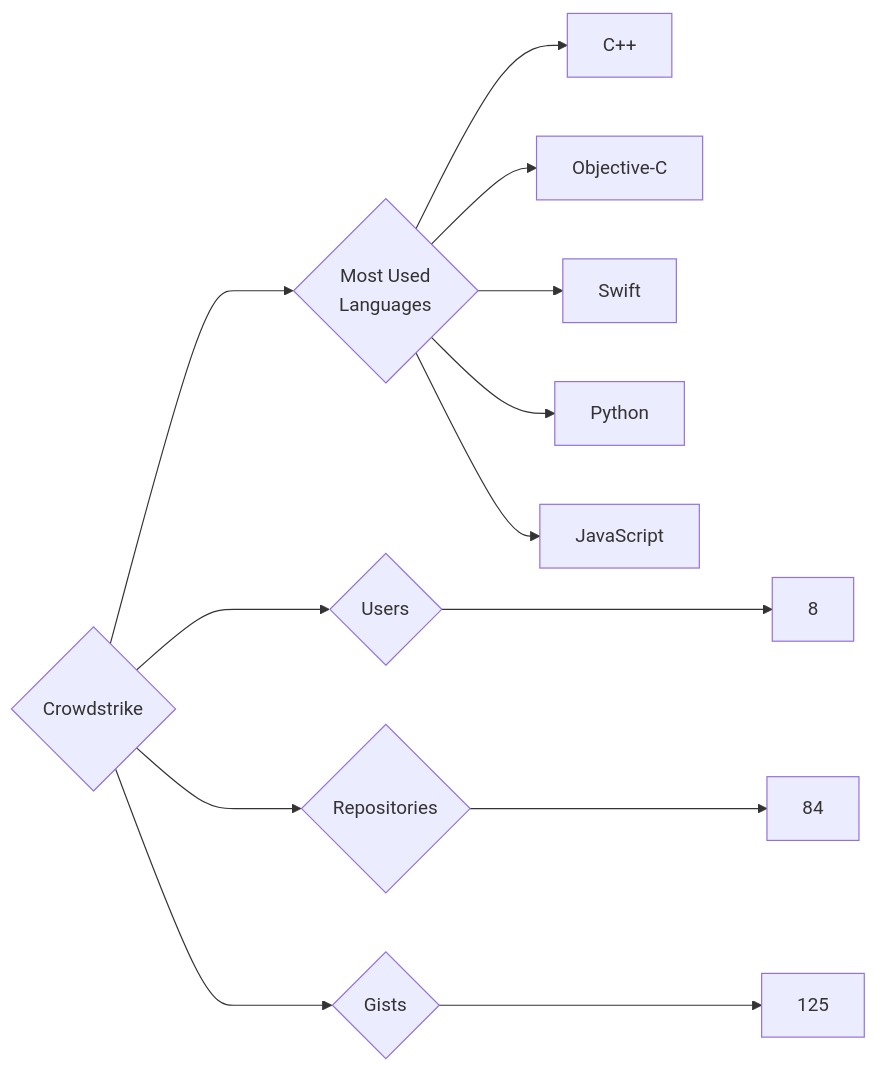
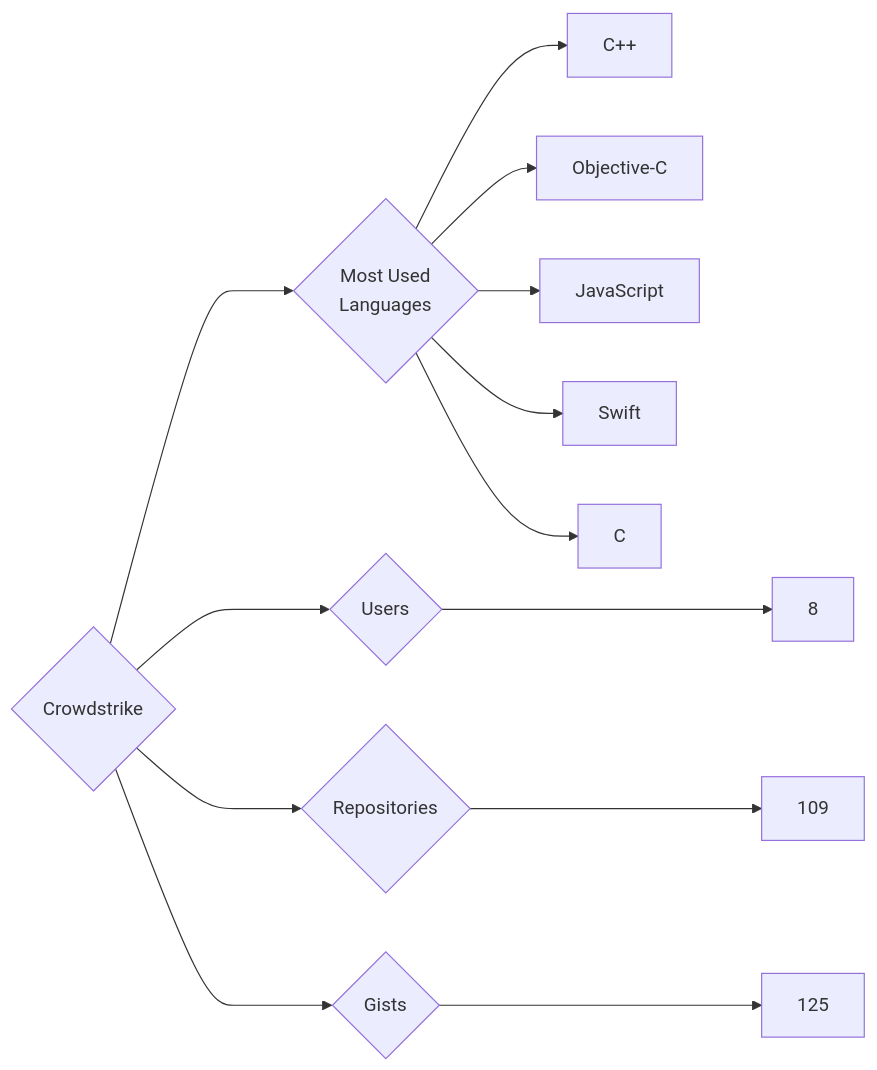
One commit to trickest/insiders changed the diagram in targets/Crowdstrike/README.md. Above: the diagram before and after it, drawn with Mermaid. The commit also changed 985 other files, not shown here.

````diff
--- a/targets/Crowdstrike/README.md
+++ b/targets/Crowdstrike/README.md
@@ -3,13 +3,13 @@
 ```mermaid
 graph LR
 COMPANY_NAME{Crowdstrike}
 COMPANY_NAME ---> U{Users} ---> UN[8]
-COMPANY_NAME ---> R{Repositories} ---> RN[84]
+COMPANY_NAME ---> R{Repositories} ---> RN[109]
 COMPANY_NAME ---> G{Gists} ---> GN[125]
 COMPANY_NAME ---> ML{Most Used<br>Languages}
 ML --> C++[C++]
 ML --> Objective-C[Objective-C]
+ML --> JavaScript[JavaScript]
 ML --> Swift[Swift]
-ML --> Python[Python]
-ML --> JavaScript[JavaScript]
+ML --> C[C]
 ```
````
